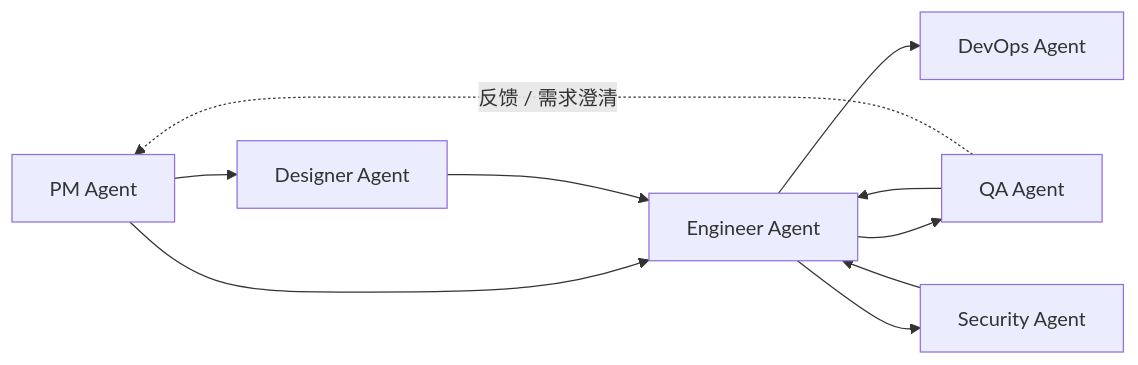
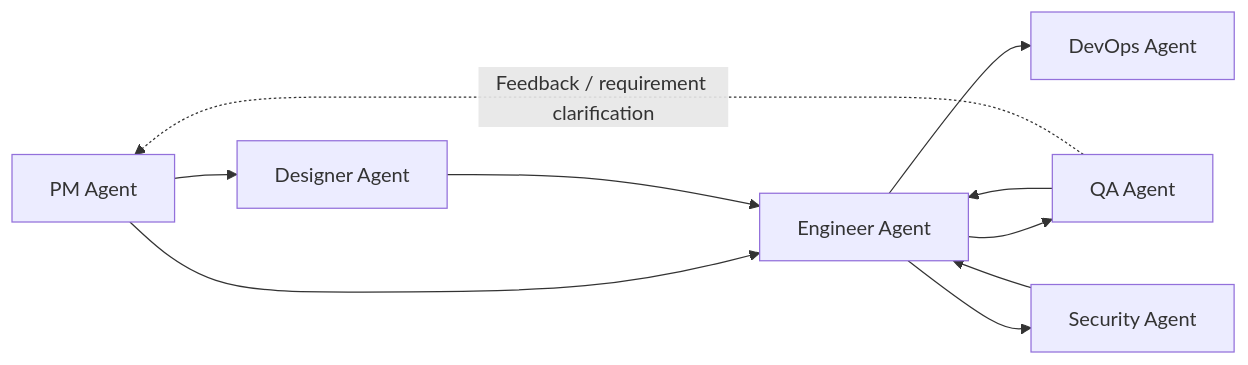
Before and after one commit to Neplich/dev-agent-skills: the diagram in README.md, drawn with Mermaid. The commit also changed other lines of this file and 3 other files, not shown here.

````diff
--- a/README.md
+++ b/README.md
@@ -58,12 +61,12 @@
 ```mermaid
 graph LR
     PM["PM Agent"] --> Designer["Designer Agent"]
     PM --> Engineer["Engineer Agent"]
     Designer --> Engineer
     Engineer --> QA["QA Agent"]
     QA --> Engineer
-    QA -. "反馈 / 需求澄清" .-> PM
+    QA -. "Feedback / requirement clarification" .-> PM
     Engineer --> DevOps["DevOps Agent"]
     Engineer --> Security["Security Agent"]
     Security --> Engineer
 ```
````
